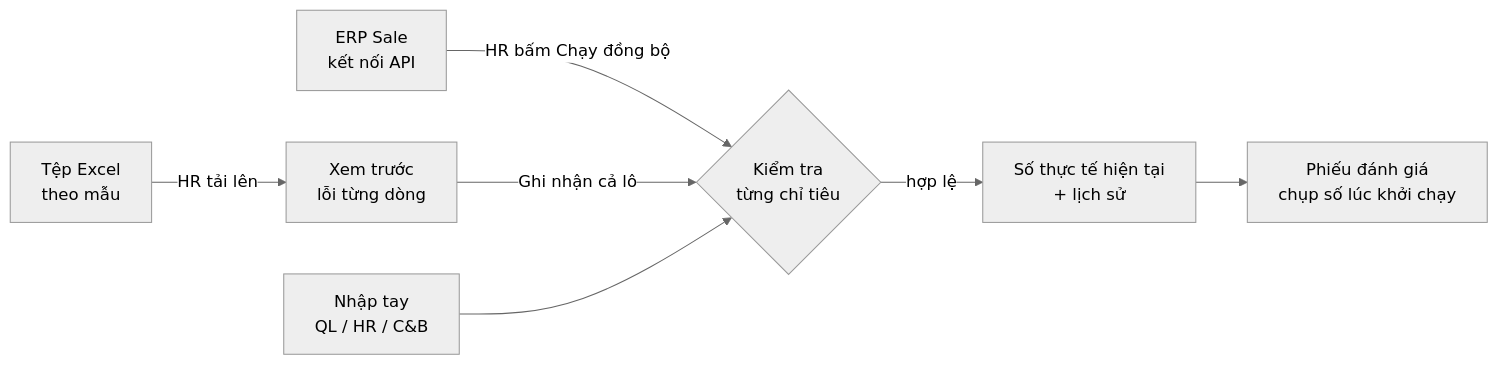
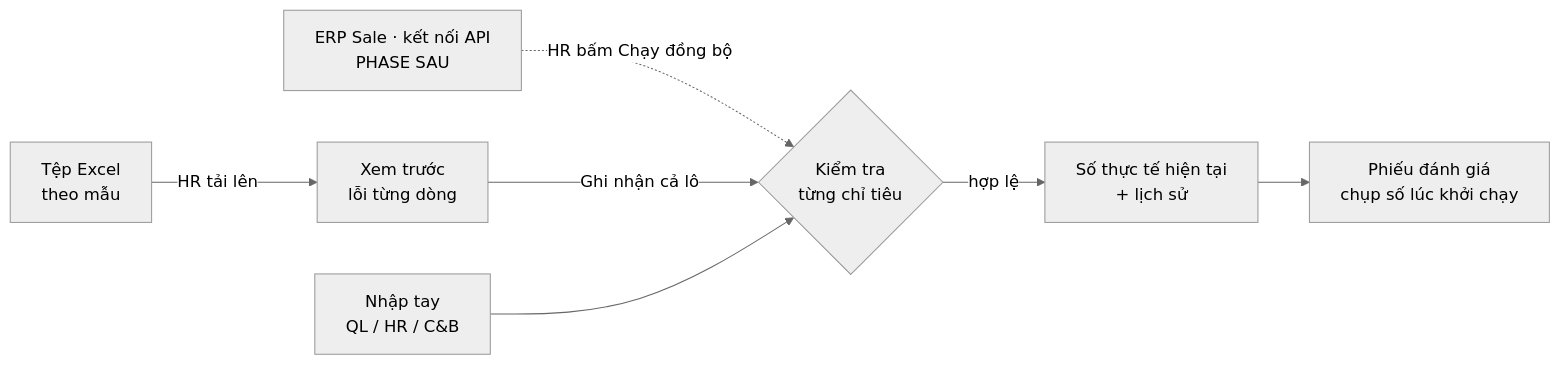
One commit to harleyng/kpi-management changed the fifth of 6 diagrams in docs/flows/new-flow.md. Above: the diagram before and after it, drawn with Mermaid (neutral theme). The commit also changed other lines of this file and 11 other files, not shown here.

First line of the commit message:
docs(actuals): Phase 1 records actuals by hand and Excel only; tag the API sync "Phase sau"

````diff
--- a/docs/flows/new-flow.md
+++ b/docs/flows/new-flow.md
@@ -258,8 +260,8 @@
 ```mermaid
 flowchart LR
-  ERP[ERP Sale<br/>kết nối API] -- HR bấm Chạy đồng bộ --> S{Kiểm tra<br/>từng chỉ tiêu}
+  ERP[ERP Sale · kết nối API<br/>PHASE SAU] -. HR bấm Chạy đồng bộ .-> S{Kiểm tra<br/>từng chỉ tiêu}
   X[Tệp Excel<br/>theo mẫu] -- HR tải lên --> P[Xem trước<br/>lỗi từng dòng] -- Ghi nhận cả lô --> S
   M[Nhập tay<br/>QL / HR / C&B] --> S
   S -- hợp lệ --> A[Số thực tế hiện tại<br/>+ lịch sử]
   A --> F[Phiếu đánh giá<br/>chụp số lúc khởi chạy]
 ```
````
